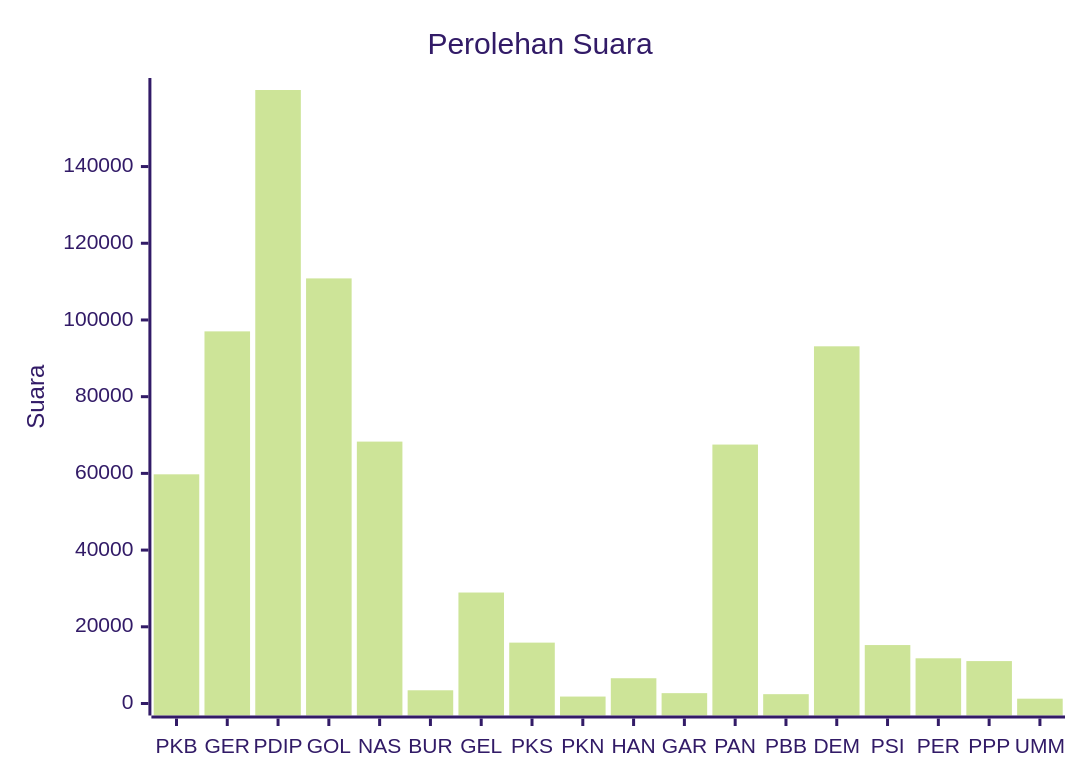
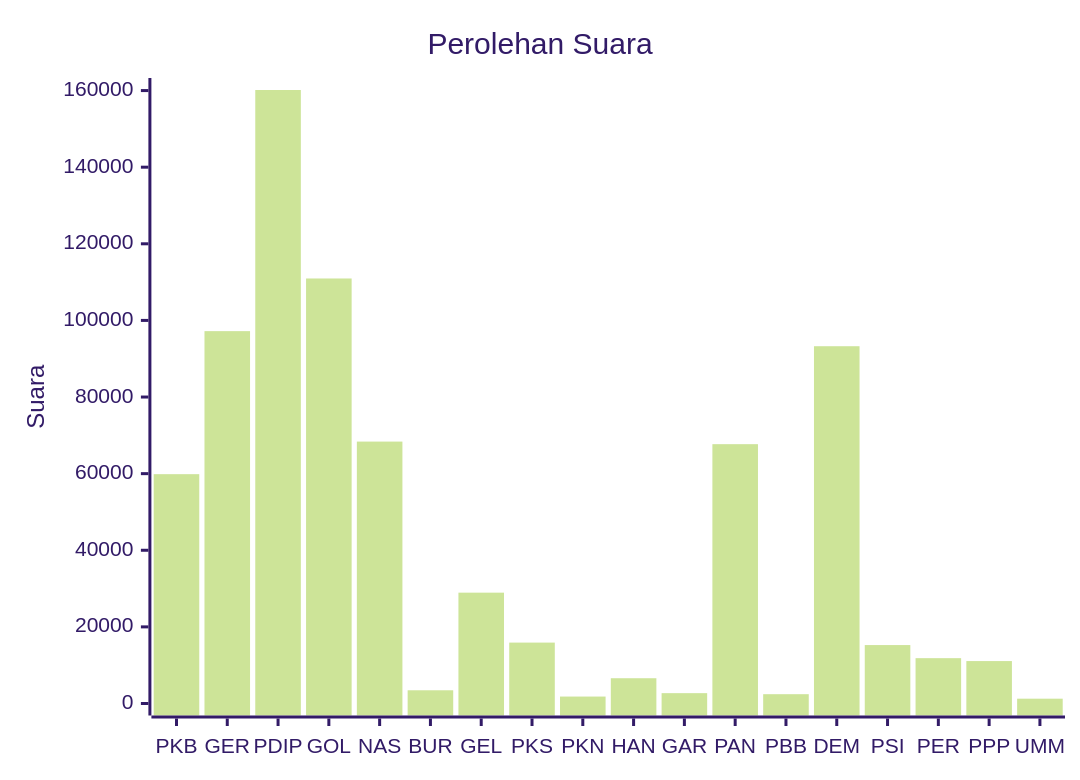
One commit to gigit-pemilu/pemilu-2024 changed the diagram in pileg-dpr/hitung-suara/sub/table-wilayah-62.md. Above: the diagram before and after it, drawn with Mermaid (forest theme). The commit also changed other lines of this file and 20 other files, not shown here.

````diff
--- a/pileg-dpr/hitung-suara/sub/table-wilayah-62.md
+++ b/pileg-dpr/hitung-suara/sub/table-wilayah-62.md
@@ -7,7 +7,7 @@
 ```mermaid
 xychart-beta
     title "Perolehan Suara"
     x-axis [PKB, GER, PDIP, GOL, NAS, BUR, GEL, PKS, PKN, HAN, GAR, PAN, PBB, DEM, PSI, PER, PPP, UMM]
-    y-axis "Suara" 0 --> 159960
-    bar [59755, 97026, 159960, 110837, 68286, 3447, 28933, 15872, 1811, 6586, 2697, 67513, 2431, 93131, 15239, 11785, 11059, 1257]
+    y-axis "Suara" 0 --> 160148
+    bar [59865, 97201, 160148, 110947, 68369, 3451, 28936, 15898, 1812, 6597, 2700, 67695, 2431, 93265, 15253, 11835, 11075, 1257]
 ```
````
